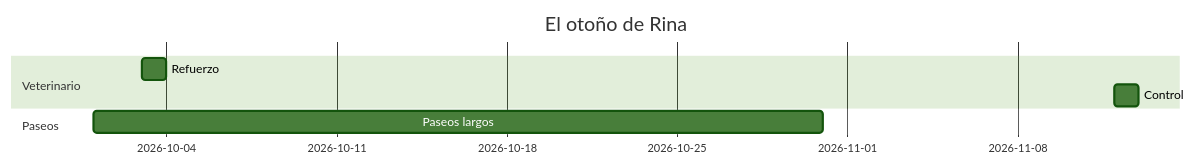
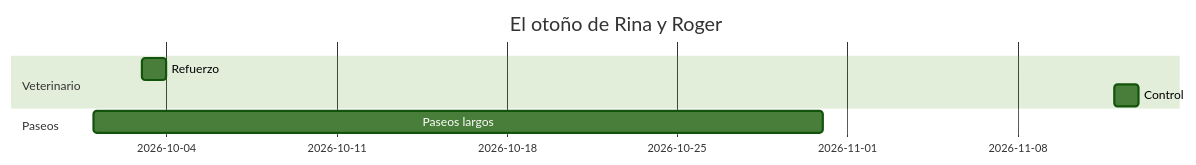
The seventh of 13 diagrams in app/src-tauri/resources/guide/es/muestra.md (rgdevment/Tisty), drawn with Mermaid (forest theme) before and after one commit. The commit also changed other lines of this file and 4 other files, not shown here.

Commit message:
docs(guide): what Rina and Roger share names them both, while each keeps their own card and photo

````diff
--- a/app/src-tauri/resources/guide/es/muestra.md
+++ b/app/src-tauri/resources/guide/es/muestra.md
@@ -164,10 +164,10 @@
 ```mermaid
 gantt
-  title El otoño de Rina
+  title El otoño de Rina y Roger
   dateFormat YYYY-MM-DD
   section Veterinario
   Refuerzo :2026-10-03, 1d
   Control :2026-11-12, 1d
   section Paseos
   Paseos largos :2026-10-01, 30d
 ```
````
